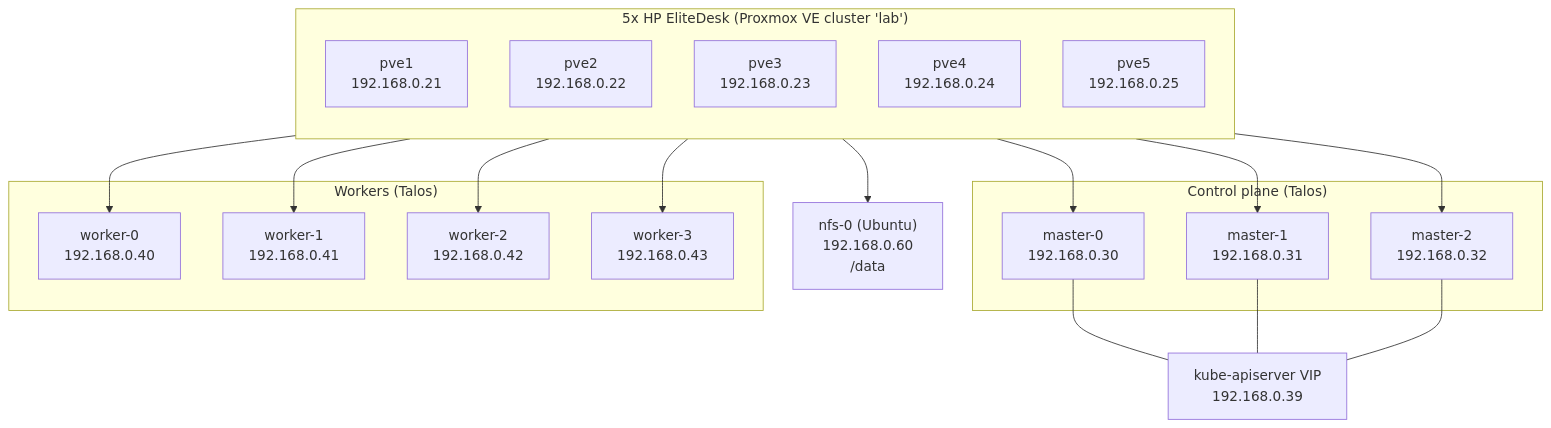
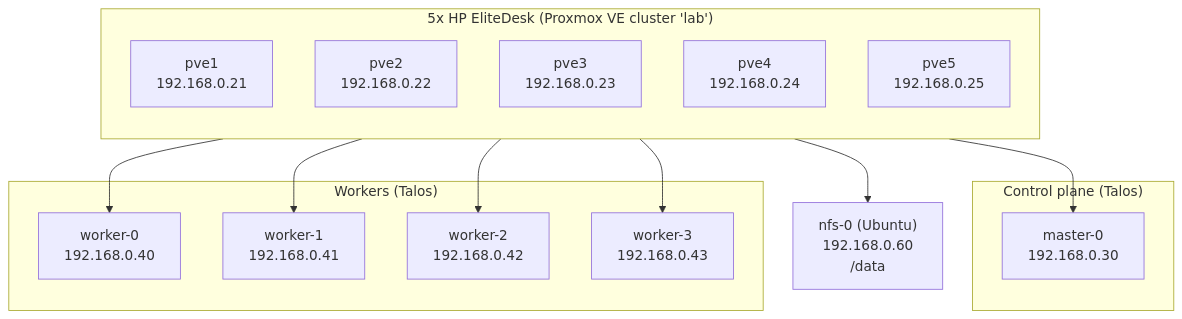
Before and after one commit to DTLP/homelab: the first of 5 diagrams in docs/architecture.md, drawn with Mermaid. The commit also changed 6 other files, not shown here.

````diff
--- a/docs/architecture.md
+++ b/docs/architecture.md
@@ -13,39 +13,31 @@
 ```mermaid
 flowchart TB
     subgraph Phys["5x HP EliteDesk (Proxmox VE cluster 'lab')"]
         direction TB
         P1["pve1<br/>192.168.0.21"]
         P2["pve2<br/>192.168.0.22"]
         P3["pve3<br/>192.168.0.23"]
         P4["pve4<br/>192.168.0.24"]
         P5["pve5<br/>192.168.0.25"]
     end
 
     subgraph CP["Control plane (Talos)"]
         M0["master-0<br/>192.168.0.30"]
-        M1["master-1<br/>192.168.0.31"]
-        M2["master-2<br/>192.168.0.32"]
     end
 
     subgraph WK["Workers (Talos)"]
         W0["worker-0<br/>192.168.0.40"]
         W1["worker-1<br/>192.168.0.41"]
         W2["worker-2<br/>192.168.0.42"]
         W3["worker-3<br/>192.168.0.43"]
     end
 
     NFS["nfs-0 (Ubuntu)<br/>192.168.0.60<br/>/data"]
 
     P1 --> M0
-    P2 --> M1
-    P3 --> M2
-    P4 --> W0
-    P4 --> W1
-    P5 --> W2
+    P2 --> W0
+    P3 --> W1
+    P4 --> W2
     P5 --> W3
     P5 --> NFS
-
-    M0 --- VIP["kube-apiserver VIP<br/>192.168.0.39"]
-    M1 --- VIP
-    M2 --- VIP
 ```
````
